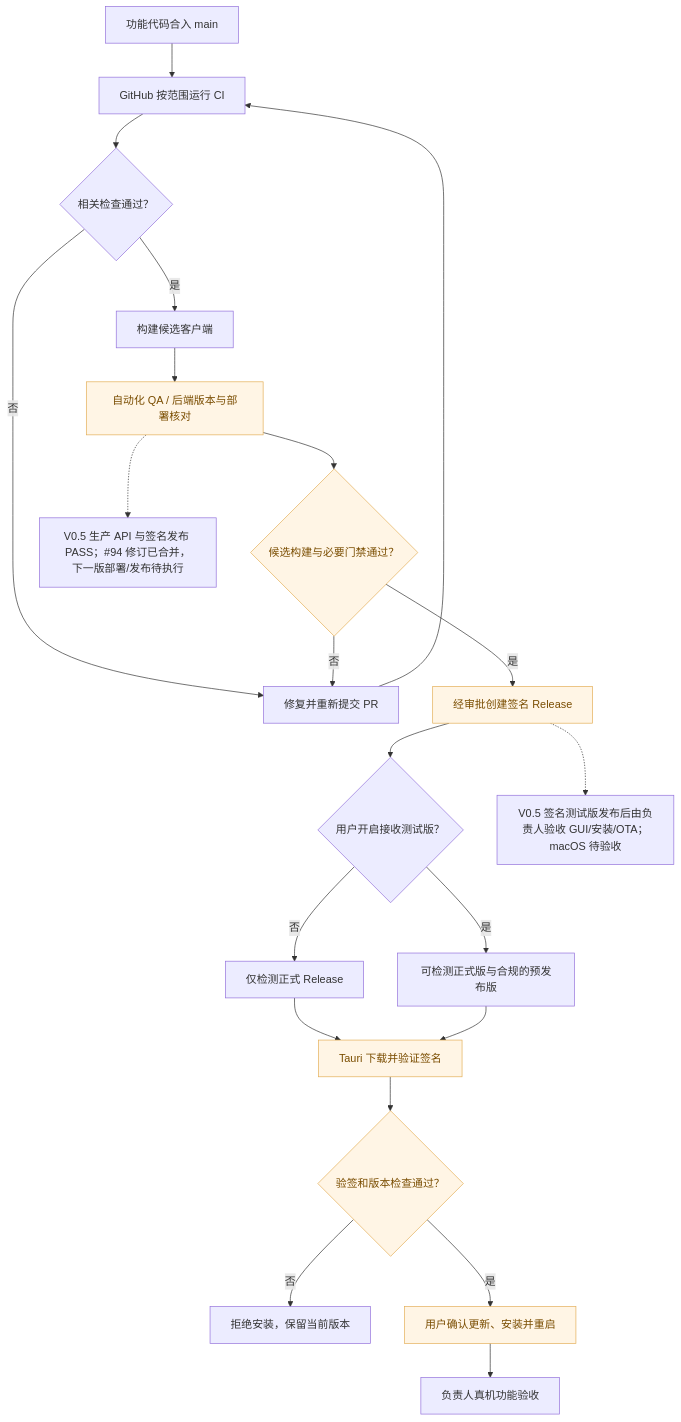
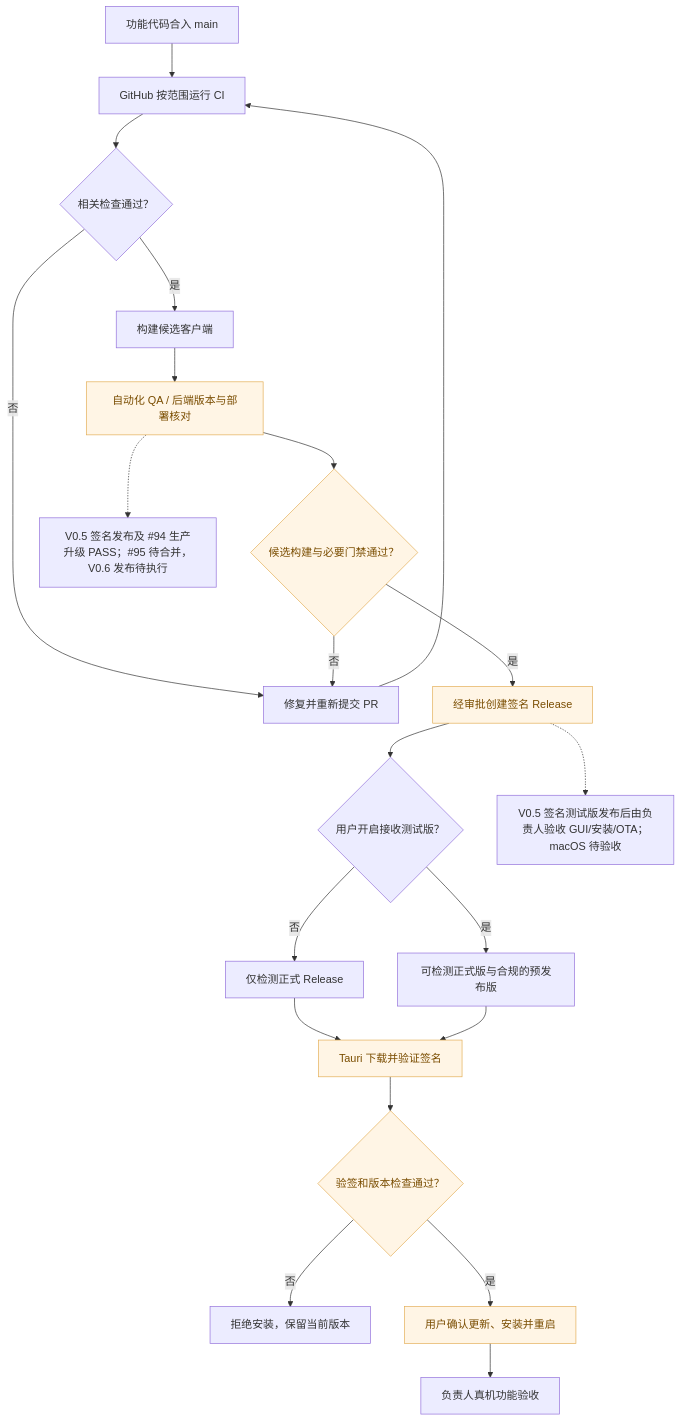
One commit to Fan6512/una-seller changed the ninth of 9 diagrams in docs/product/FEATURE-STATUS.md. Above: the diagram before and after it, drawn with Mermaid. The commit also changed other lines of this file, not shown here.

Commit message:
docs(status): record PR94 deployment and approved operations roadmap

```diff
--- a/docs/product/FEATURE-STATUS.md
+++ b/docs/product/FEATURE-STATUS.md
@@ -387,27 +392,27 @@
 ~~~mermaid
 flowchart TD
     A["功能代码合入 main"] --> B["GitHub 按范围运行 CI"]
     B --> C{"相关检查通过？"}
     C -->|否| D["修复并重新提交 PR"]
     D --> B
     C -->|是| E["构建候选客户端"]
     E --> F["自动化 QA / 后端版本与部署核对"]
     F --> G{"候选构建与必要门禁通过？"}
     G -->|否| D
     G -->|是| H["经审批创建签名 Release"]
     H --> I{"用户开启接收测试版？"}
     I -->|否| J["仅检测正式 Release"]
     I -->|是| K["可检测正式版与合规的预发布版"]
     J --> L["Tauri 下载并验证签名"]
     K --> L
     L --> M{"验签和版本检查通过？"}
     M -->|否| N["拒绝安装，保留当前版本"]
     M -->|是| O["用户确认更新、安装并重启"]
 
-    F -.-> P["V0.5 生产 API 与签名发布 PASS；#94 修订已合并，下一版部署/发布待执行"]
+    F -.-> P["V0.5 签名发布及 #94 生产升级 PASS；#95 待合并，V0.6 发布待执行"]
     H -.-> Q["V0.5 签名测试版发布后由负责人验收 GUI/安装/OTA；macOS 待验收"]
     O --> R["负责人真机功能验收"]
 
     classDef verify fill:#fff5e5,color:#7a4d00,stroke:#e3ae56
     class F,G,H,L,M,O verify
 ~~~
```
